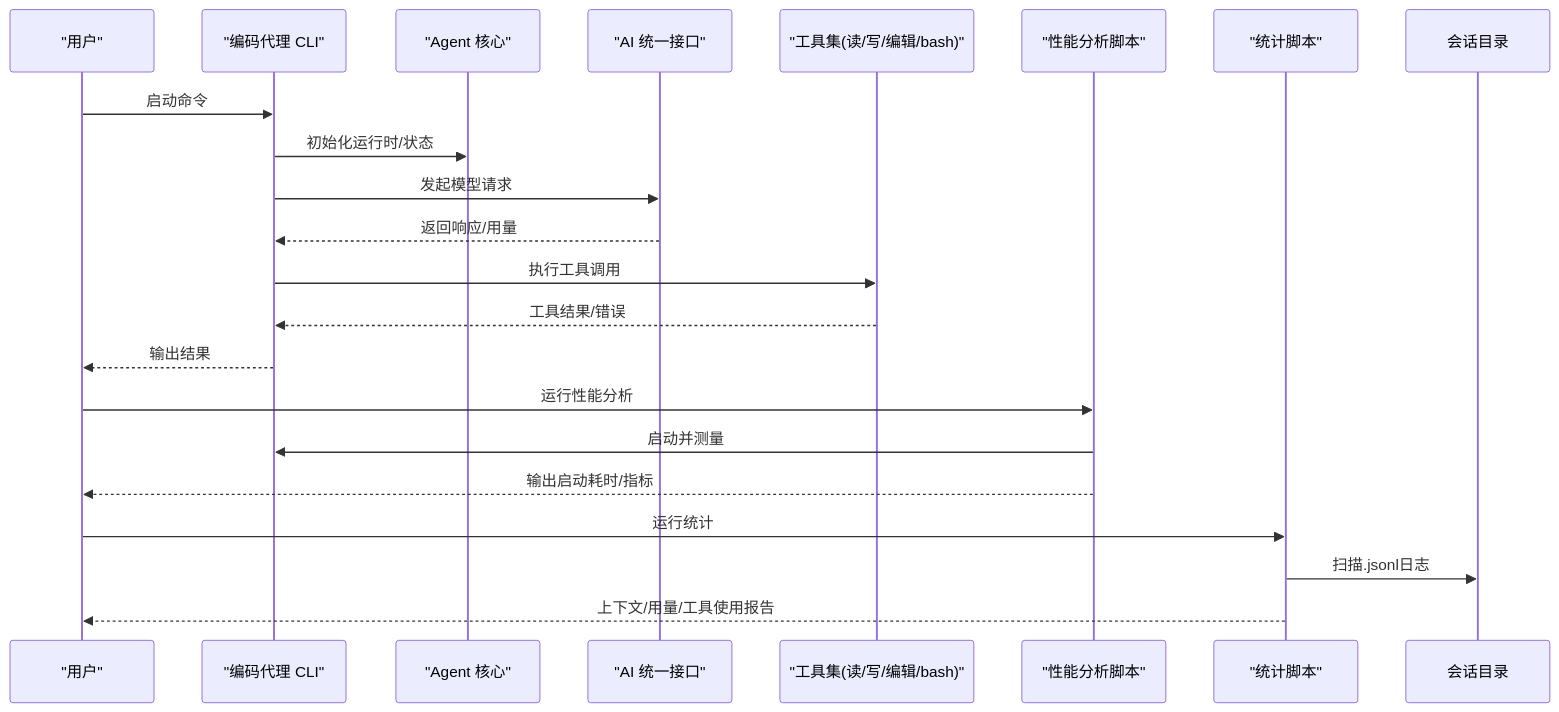
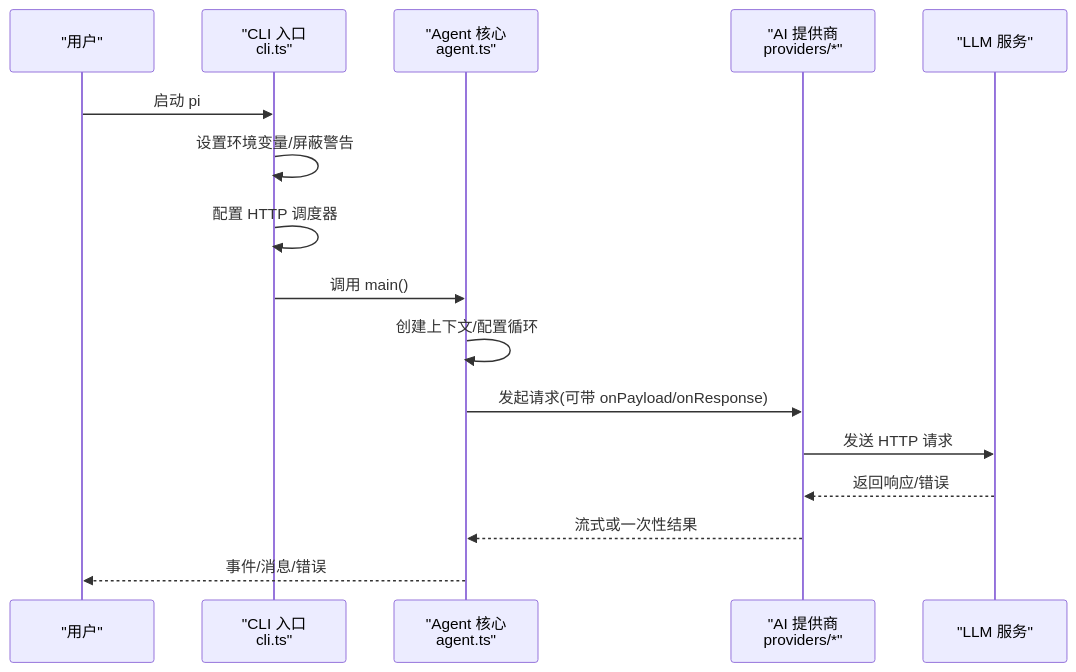
The second of 4 diagrams in .qoder/repowiki/zh/content/故障排除.md (haolange/pi), drawn with Mermaid before and after one commit. The commit also changed other lines of this file and 246 other files, not shown here.

````diff
--- a/.qoder/repowiki/zh/content/故障排除.md
+++ b/.qoder/repowiki/zh/content/故障排除.md
@@ -92,23 +61,18 @@
 ```mermaid
 sequenceDiagram
 participant U as "用户"
-participant CLI as "编码代理 CLI"
-participant Core as "Agent 核心"
-participant AI as "AI 统一接口"
-participant Tools as "工具集(读/写/编辑/bash)"
-participant Prof as "性能分析脚本"
-participant Stats as "统计脚本"
-U->>CLI : 启动命令
-CLI->>Core : 初始化运行时/状态
-CLI->>AI : 发起模型请求
-AI-->>CLI : 返回响应/用量
-CLI->>Tools : 执行工具调用
-Tools-->>CLI : 工具结果/错误
-CLI-->>U : 输出结果
-U->>Prof : 运行性能分析
-Prof->>CLI : 启动并测量
-Prof-->>U : 输出启动耗时/指标
-U->>Stats : 运行统计
-Stats->>会话目录 : 扫描.jsonl日志
-Stats-->>U : 上下文/用量/工具使用报告
+participant CLI as "CLI 入口<br/>cli.ts"
+participant AG as "Agent 核心<br/>agent.ts"
+participant AI as "AI 提供商<br/>providers/*"
+participant S as "LLM 服务"
+U->>CLI : 启动 pi
+CLI->>CLI : 设置环境变量/屏蔽警告
+CLI->>CLI : 配置 HTTP 调度器
+CLI->>AG : 调用 main()
+AG->>AG : 创建上下文/配置循环
+AG->>AI : 发起请求(可带 onPayload/onResponse)
+AI->>S : 发送 HTTP 请求
+S-->>AI : 返回响应/错误
+AI-->>AG : 流式或一次性结果
+AG-->>U : 事件/消息/错误
 ```
````
